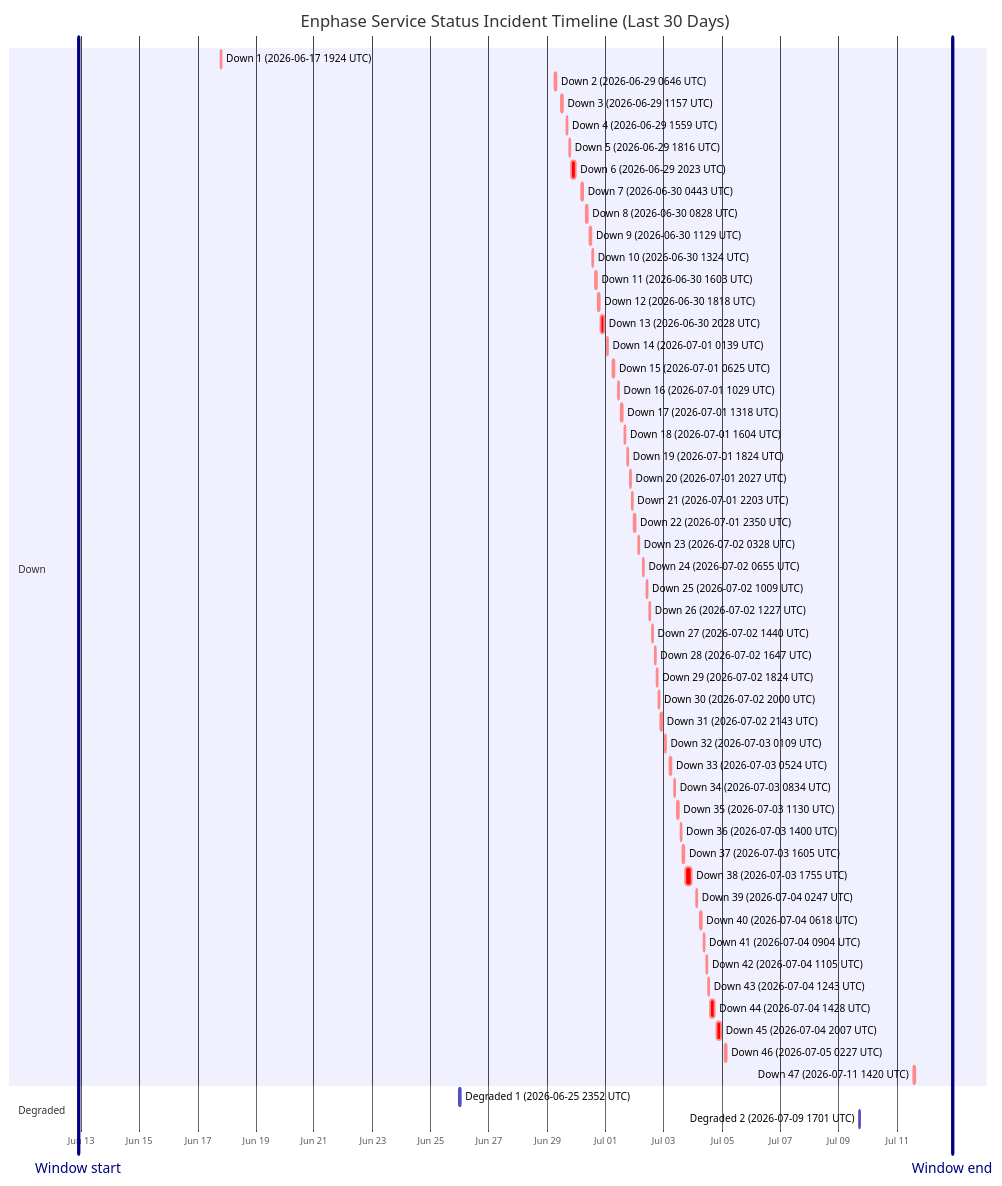
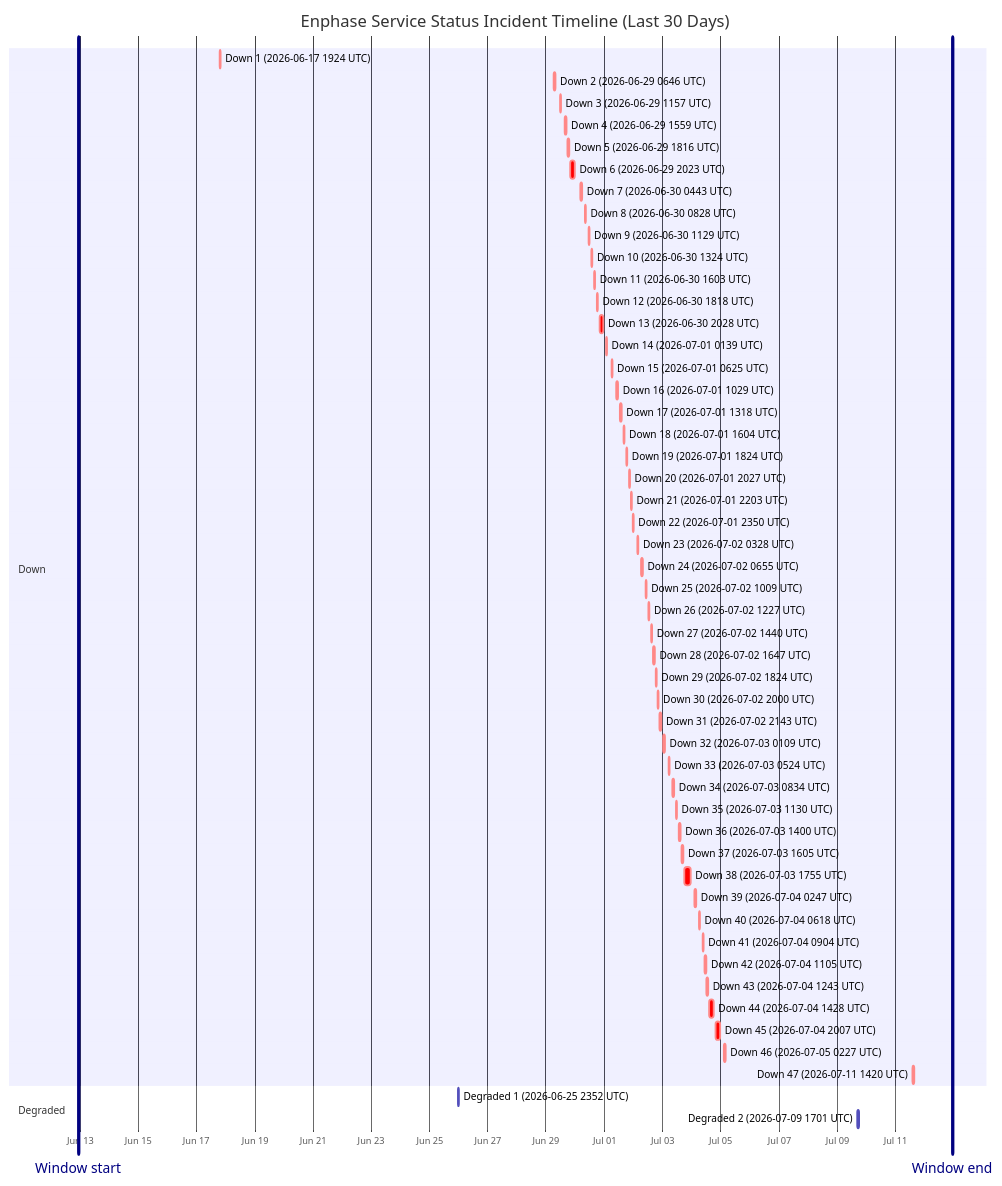
The diagram in wiki/Service-Status-History.md (barneyonline/ha-enphase-energy), drawn with Mermaid before and after one commit. The commit also changed other lines of this file and 3 other files, not shown here.

````diff
--- a/wiki/Service-Status-History.md
+++ b/wiki/Service-Status-History.md
@@ -14,59 +14,59 @@
 ```mermaid
 gantt
     title Enphase Service Status Incident Timeline (Last 30 Days)
     dateFormat  YYYY-MM-DDTHH:mm:ss
     axisFormat  %b %d
-    Window start :vert, window-start, 2026-06-12T21:48:45, 0ms
-    Window end :vert, window-end, 2026-07-12T21:48:45, 0ms
+    Window start :vert, window-start, 2026-06-12T22:45:42, 0ms
+    Window end :vert, window-end, 2026-07-12T22:45:42, 0ms
     section Down
     Down 1 (2026-06-17 1924 UTC) :crit, down-1, 2026-06-17T19:24:51, 60m
     Down 2 (2026-06-29 0646 UTC) :crit, down-2, 2026-06-29T06:46:18, 60m
     Down 3 (2026-06-29 1157 UTC) :crit, down-3, 2026-06-29T11:57:36, 60m
     Down 4 (2026-06-29 1559 UTC) :crit, down-4, 2026-06-29T15:59:02, 60m
     Down 5 (2026-06-29 1816 UTC) :crit, down-5, 2026-06-29T18:16:38, 60m
     Down 6 (2026-06-29 2023 UTC) :crit, down-6, 2026-06-29T20:23:16, 220m
     Down 7 (2026-06-30 0443 UTC) :crit, down-7, 2026-06-30T04:43:54, 60m
     Down 8 (2026-06-30 0828 UTC) :crit, down-8, 2026-06-30T08:28:43, 60m
     Down 9 (2026-06-30 1129 UTC) :crit, down-9, 2026-06-30T11:29:15, 60m
     Down 10 (2026-06-30 1324 UTC) :crit, down-10, 2026-06-30T13:24:25, 60m
     Down 11 (2026-06-30 1603 UTC) :crit, down-11, 2026-06-30T16:03:26, 60m
     Down 12 (2026-06-30 1818 UTC) :crit, down-12, 2026-06-30T18:18:39, 60m
     Down 13 (2026-06-30 2028 UTC) :crit, down-13, 2026-06-30T20:28:54, 171m
     Down 14 (2026-07-01 0139 UTC) :crit, down-14, 2026-07-01T01:39:18, 60m
     Down 15 (2026-07-01 0625 UTC) :crit, down-15, 2026-07-01T06:25:35, 60m
     Down 16 (2026-07-01 1029 UTC) :crit, down-16, 2026-07-01T10:29:24, 60m
     Down 17 (2026-07-01 1318 UTC) :crit, down-17, 2026-07-01T13:18:31, 60m
     Down 18 (2026-07-01 1604 UTC) :crit, down-18, 2026-07-01T16:04:29, 60m
     Down 19 (2026-07-01 1824 UTC) :crit, down-19, 2026-07-01T18:24:21, 60m
     Down 20 (2026-07-01 2027 UTC) :crit, down-20, 2026-07-01T20:27:17, 60m
     Down 21 (2026-07-01 2203 UTC) :crit, down-21, 2026-07-01T22:03:46, 60m
     Down 22 (2026-07-01 2350 UTC) :crit, down-22, 2026-07-01T23:50:52, 60m
     Down 23 (2026-07-02 0328 UTC) :crit, down-23, 2026-07-02T03:28:33, 60m
     Down 24 (2026-07-02 0655 UTC) :crit, down-24, 2026-07-02T06:55:07, 60m
     Down 25 (2026-07-02 1009 UTC) :crit, down-25, 2026-07-02T10:09:15, 60m
     Down 26 (2026-07-02 1227 UTC) :crit, down-26, 2026-07-02T12:27:49, 60m
     Down 27 (2026-07-02 1440 UTC) :crit, down-27, 2026-07-02T14:40:53, 60m
     Down 28 (2026-07-02 1647 UTC) :crit, down-28, 2026-07-02T16:47:47, 60m
     Down 29 (2026-07-02 1824 UTC) :crit, down-29, 2026-07-02T18:24:26, 60m
     Down 30 (2026-07-02 2000 UTC) :crit, down-30, 2026-07-02T20:00:57, 60m
     Down 31 (2026-07-02 2143 UTC) :crit, down-31, 2026-07-02T21:43:52, 80m
     Down 32 (2026-07-03 0109 UTC) :crit, down-32, 2026-07-03T01:09:19, 60m
     Down 33 (2026-07-03 0524 UTC) :crit, down-33, 2026-07-03T05:24:23, 60m
     Down 34 (2026-07-03 0834 UTC) :crit, down-34, 2026-07-03T08:34:05, 60m
     Down 35 (2026-07-03 1130 UTC) :crit, down-35, 2026-07-03T11:30:41, 60m
     Down 36 (2026-07-03 1400 UTC) :crit, down-36, 2026-07-03T14:00:48, 60m
     Down 37 (2026-07-03 1605 UTC) :crit, down-37, 2026-07-03T16:05:49, 60m
     Down 38 (2026-07-03 1755 UTC) :crit, down-38, 2026-07-03T17:55:54, 338m
     Down 39 (2026-07-04 0247 UTC) :crit, down-39, 2026-07-04T02:47:22, 60m
     Down 40 (2026-07-04 0618 UTC) :crit, down-40, 2026-07-04T06:18:09, 60m
     Down 41 (2026-07-04 0904 UTC) :crit, down-41, 2026-07-04T09:04:41, 60m
     Down 42 (2026-07-04 1105 UTC) :crit, down-42, 2026-07-04T11:05:21, 60m
     Down 43 (2026-07-04 1243 UTC) :crit, down-43, 2026-07-04T12:43:25, 60m
     Down 44 (2026-07-04 1428 UTC) :crit, down-44, 2026-07-04T14:28:07, 243m
     Down 45 (2026-07-04 2007 UTC) :crit, down-45, 2026-07-04T20:07:50, 206m
     Down 46 (2026-07-05 0227 UTC) :crit, down-46, 2026-07-05T02:27:32, 109m
     Down 47 (2026-07-11 1420 UTC) :crit, down-47, 2026-07-11T14:20:54, 69m
     section Degraded
     Degraded 1 (2026-06-25 2352 UTC) :active, degraded-1, 2026-06-25T23:52:01, 60m
     Degraded 2 (2026-07-09 1701 UTC) :active, degraded-2, 2026-07-09T17:01:02, 60m
 ```
````
